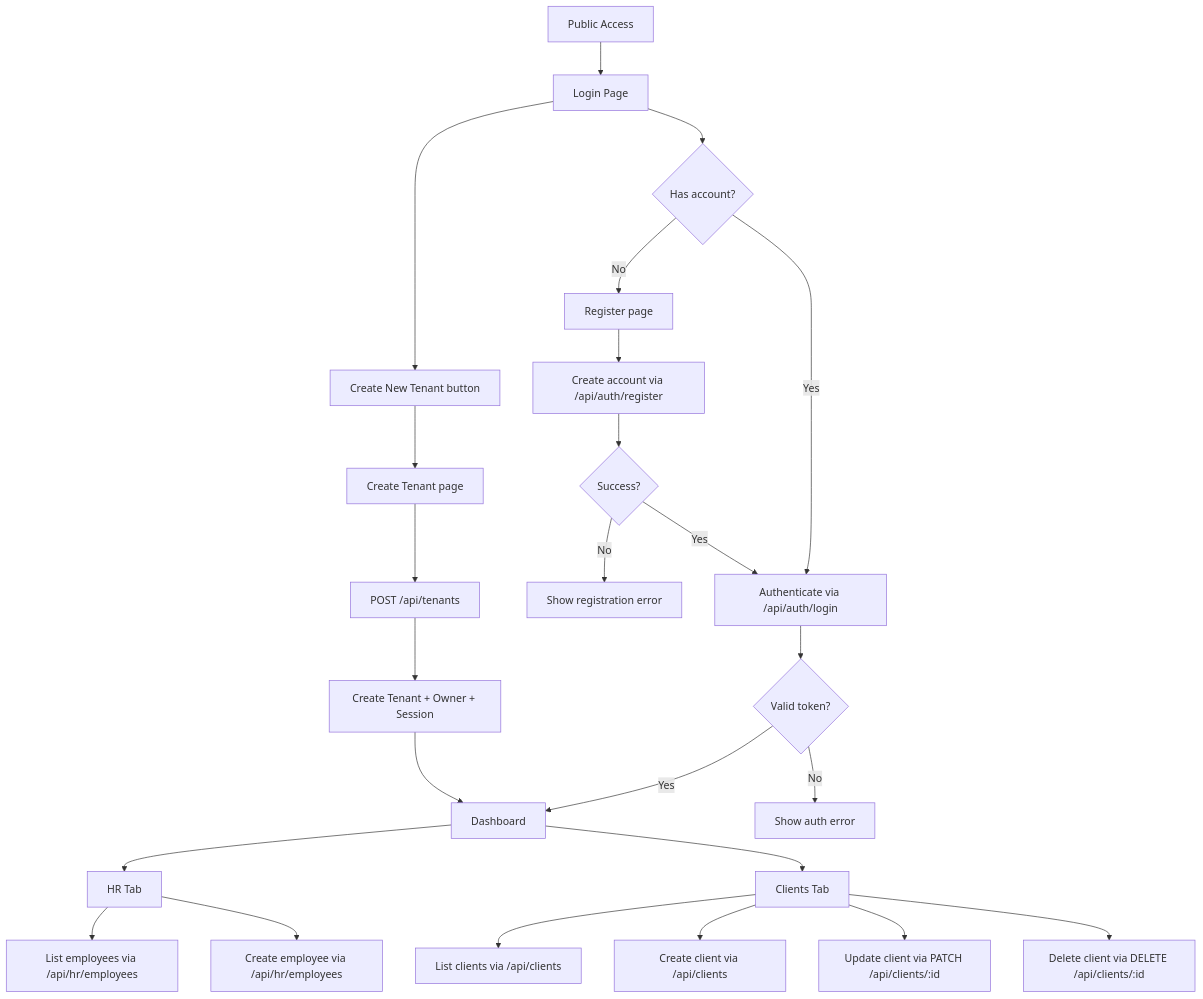
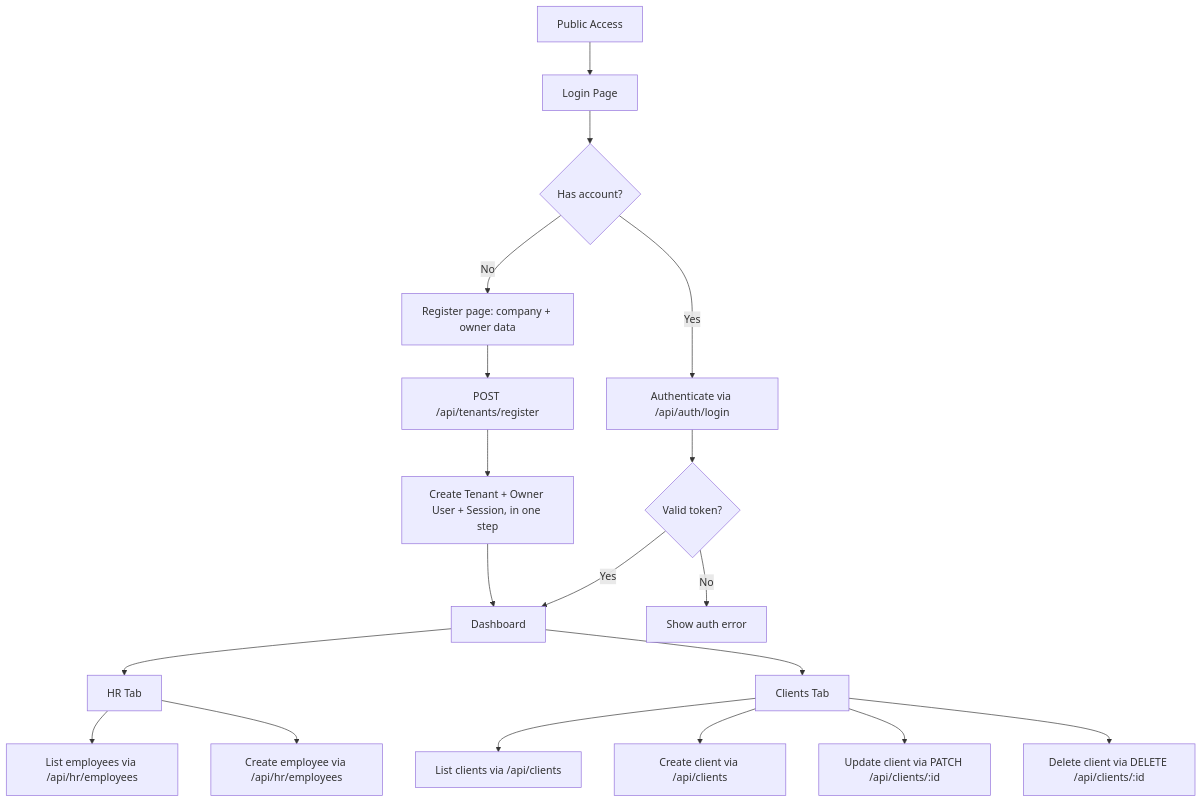
One commit to ABravo2025/northstack changed the first of 3 diagrams in docs/current-process-flow.md. Above: the diagram before and after it, drawn with Mermaid. The commit also changed other lines of this file and 10 other files, not shown here.

First line of the commit message:
Unify registration into a single tenant+owner signup step

````diff
--- a/docs/current-process-flow.md
+++ b/docs/current-process-flow.md
@@ -9,31 +9,24 @@
 ```mermaid
 flowchart TD
   A[Public Access] --> B[Login Page]
   B --> C{Has account?}
   C -->|Yes| D[Authenticate via /api/auth/login]
-  C -->|No| E[Register page]
+  C -->|No| E[Register page: company + owner data]
   D --> F{Valid token?}
   F -->|Yes| G[Dashboard]
   F -->|No| H[Show auth error]
 
-  E --> I[Create account via /api/auth/register]
-  I --> J{Success?}
-  J -->|Yes| D
-  J -->|No| K[Show registration error]
-
-  B --> L[Create New Tenant button]
-  L --> M[Create Tenant page]
-  M --> N[POST /api/tenants]
-  N --> O[Create Tenant + Owner + Session]
-  O --> G
+  E --> I[POST /api/tenants/register]
+  I --> J[Create Tenant + Owner User + Session, in one step]
+  J --> G
 
   G --> P[HR Tab]
   P --> Q[List employees via /api/hr/employees]
   P --> R[Create employee via /api/hr/employees]
 
   G --> S[Clients Tab]
   S --> T[List clients via /api/clients]
   S --> U[Create client via /api/clients]
   S --> V[Update client via PATCH /api/clients/:id]
   S --> W[Delete client via DELETE /api/clients/:id]
 ```
````
